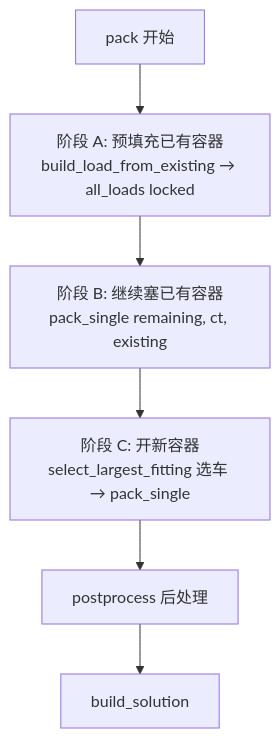
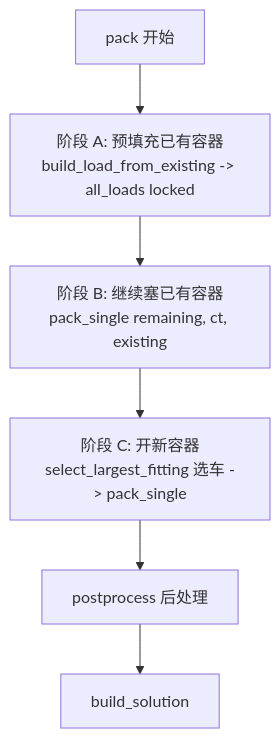
The second of 3 diagrams in docs/architecture.md (chen-qingyu/pack3d), drawn with Mermaid before and after one commit. The commit also changed other lines of this file and 7 other files, not shown here.

````diff
--- a/docs/architecture.md
+++ b/docs/architecture.md
@@ -41,8 +41,8 @@
 ```mermaid
 flowchart TD
-  A[pack 开始] --> B[阶段 A: 预填充已有容器<br/>build_load_from_existing → all_loads locked]
+  A[pack 开始] --> B[阶段 A: 预填充已有容器<br/>build_load_from_existing -> all_loads locked]
   B --> C[阶段 B: 继续塞已有容器<br/>pack_single remaining, ct, existing]
-  C --> D[阶段 C: 开新容器<br/>select_largest_fitting 选车 → pack_single]
+  C --> D[阶段 C: 开新容器<br/>select_largest_fitting 选车 -> pack_single]
   D --> E[postprocess 后处理]
   E --> F[build_solution]
 ```
````
